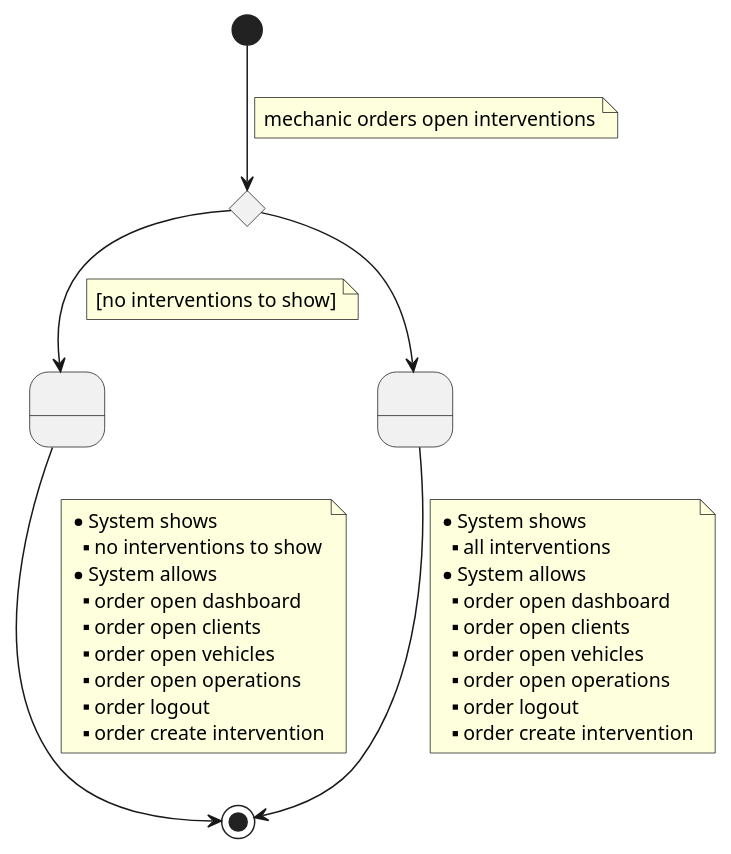
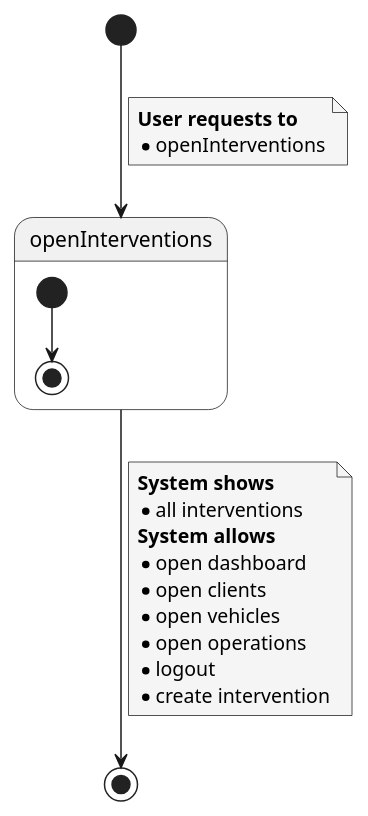
Before and after one commit to Ruskab/agrimManager: the diagram in documentation/1requiremets/usecases_specification/puml/openInterventions.puml, drawn with PlantUML. The commit also changed 4 other files, not shown here.

```diff
--- a/documentation/1requiremets/usecases_specification/puml/openInterventions.puml
+++ b/documentation/1requiremets/usecases_specification/puml/openInterventions.puml
@@ -1,45 +1,29 @@
 @startuml
+skinparam {
+        NoteBackgroundColor #whiteSmoke
+}
 
-state 1 <<choice>>
-state 2 as " "
-state 4 as " "
-
-[*] --> 1
+[*] --> openInterventions
 note on link
-    mechanic orders open interventions
+<b>User requests to</b>
+* openInterventions
 end note
 
-1 --> 2
+state openInterventions {
+    [*] --> [*]
+}
+
+openInterventions --> [*]
 note on link
-    [no interventions to show]
-end note
-
-1 --> 4
-
-4 --> [*]
-note on link
-    * System shows
-    ** all interventions
-    * System allows
-    ** order open dashboard
-    ** order open clients
-    ** order open vehicles
-    ** order open operations
-    ** order logout
-    ** order create intervention
-end note
-
-2 --> [*]
-note on link
-    * System shows
-    ** no interventions to show
-    * System allows
-    ** order open dashboard
-    ** order open clients
-    ** order open vehicles
-    ** order open operations
-    ** order logout
-    ** order create intervention
+<b>System shows
+* all interventions
+<b>System allows
+* open dashboard
+* open clients
+* open vehicles
+* open operations
+* logout
+* create intervention
 end note
 
 @enduml
```
